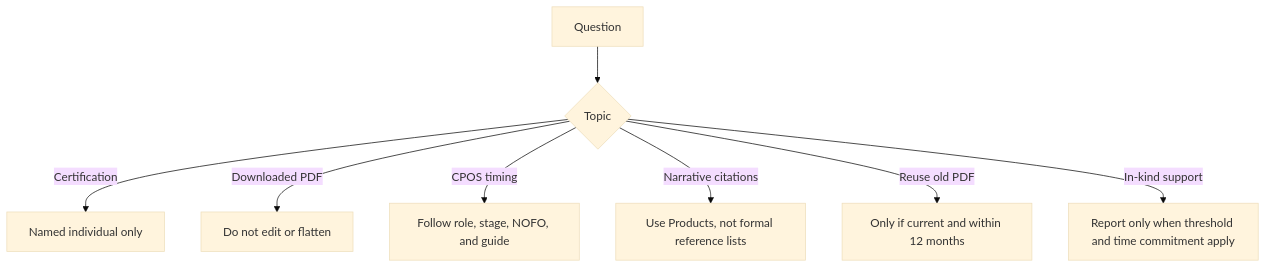
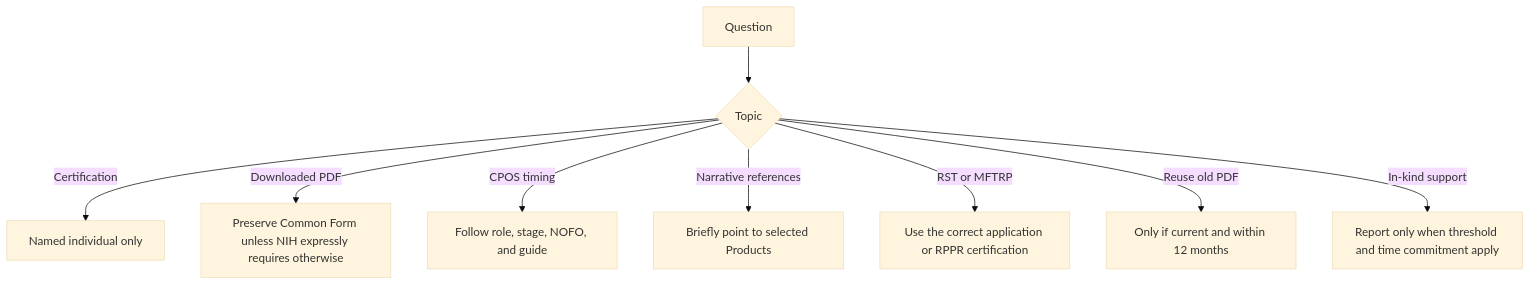
One commit to FritscheLab/nih-sciencv-playbook changed the diagram in docs/troubleshooting/faq.md. Above: the diagram before and after it, drawn with Mermaid (base theme). The commit also changed other lines of this file and 48 other files, not shown here.

First line of the commit message:
Refactor documentation and templates for NIH Common Forms compliance

````diff
--- a/docs/troubleshooting/faq.md
+++ b/docs/troubleshooting/faq.md
@@ -37,12 +45,13 @@
 ```mermaid
 flowchart TD
     accTitle: FAQ decision shortcuts
-    accDescr: FAQ shortcuts distinguish certification authority, PDF handling, CPOS timing, product citations, reuse of PDFs, and in-kind reporting.
+    accDescr: FAQ shortcuts distinguish certification authority, PDF handling, CPOS timing, product references, research-security requirements, reuse of PDFs, and in-kind reporting.
     A["Question"] --> B{"Topic"}
     B -- "Certification" --> C["Named individual only"]
-    B -- "Downloaded PDF" --> D["Do not edit or flatten"]
+    B -- "Downloaded PDF" --> D["Preserve Common Form unless NIH expressly requires otherwise"]
     B -- "CPOS timing" --> E["Follow role, stage, NOFO, and guide"]
-    B -- "Narrative citations" --> F["Use Products, not formal reference lists"]
+    B -- "Narrative references" --> F["Briefly point to selected Products"]
+    B -- "RST or MFTRP" --> I["Use the correct application or RPPR certification"]
     B -- "Reuse old PDF" --> G["Only if current and within 12 months"]
     B -- "In-kind support" --> H["Report only when threshold and time commitment apply"]
 ```
````
